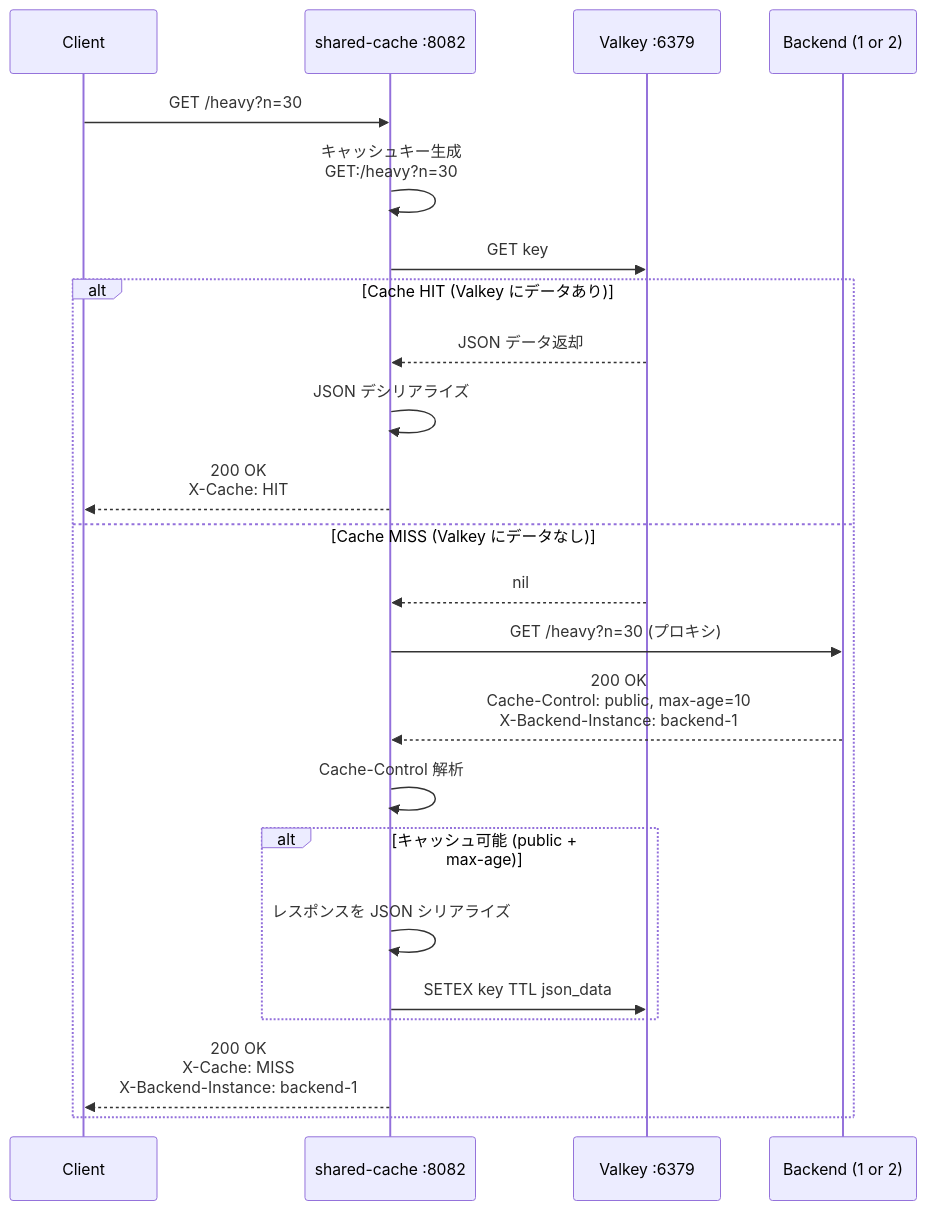
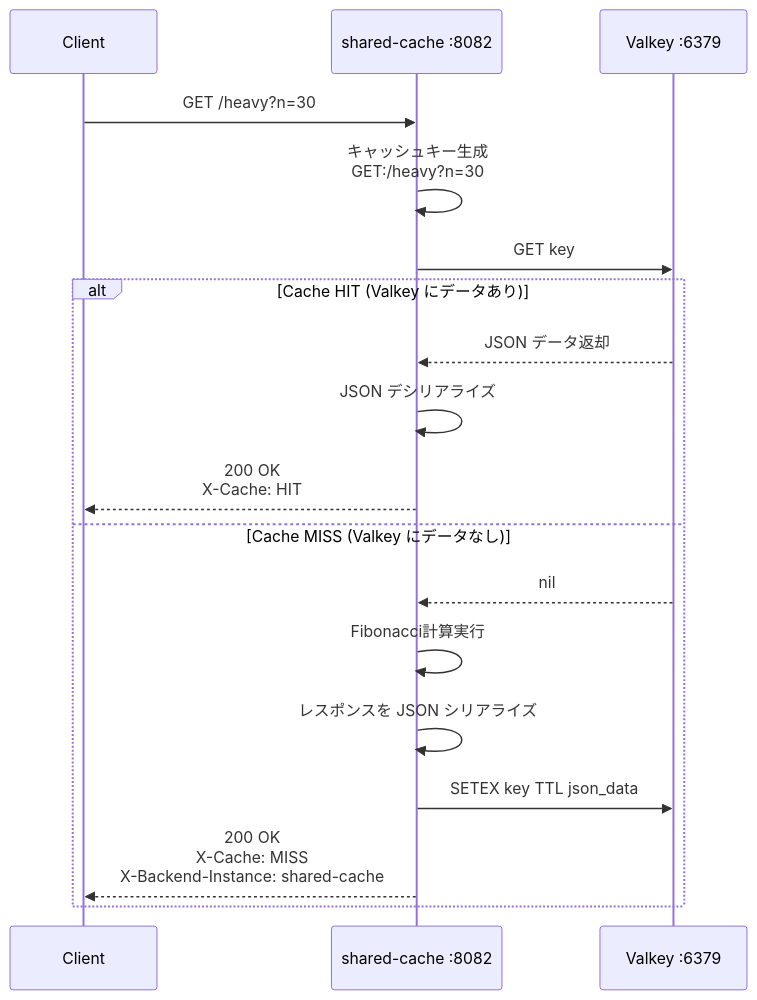
The first of 2 diagrams in 02_cache/docs/shared-cache.md (tanaka-yui/learning), drawn with Mermaid before and after one commit. The commit also changed other lines of this file and 11 other files, not shown here.

````diff
--- a/02_cache/docs/shared-cache.md
+++ b/02_cache/docs/shared-cache.md
@@ -12,28 +13,23 @@
 ```mermaid
 sequenceDiagram
     participant C as Client
     participant S as shared-cache :8082
     participant V as Valkey :6379
-    participant B as Backend (1 or 2)
 
     C->>S: GET /heavy?n=30
 
     S->>S: キャッシュキー生成<br/>GET:/heavy?n=30
 
     S->>V: GET key
     alt Cache HIT (Valkey にデータあり)
         V-->>S: JSON データ返却
         S->>S: JSON デシリアライズ
         S-->>C: 200 OK<br/>X-Cache: HIT
     else Cache MISS (Valkey にデータなし)
         V-->>S: nil
-        S->>B: GET /heavy?n=30 (プロキシ)
-        B-->>S: 200 OK<br/>Cache-Control: public, max-age=10<br/>X-Backend-Instance: backend-1
-        S->>S: Cache-Control 解析
-        alt キャッシュ可能 (public + max-age)
-            S->>S: レスポンスを JSON シリアライズ
-            S->>V: SETEX key TTL json_data
-        end
-        S-->>C: 200 OK<br/>X-Cache: MISS<br/>X-Backend-Instance: backend-1
+        S->>S: Fibonacci計算実行
+        S->>S: レスポンスを JSON シリアライズ
+        S->>V: SETEX key TTL json_data
+        S-->>C: 200 OK<br/>X-Cache: MISS<br/>X-Backend-Instance: shared-cache
     end
 ```
````
